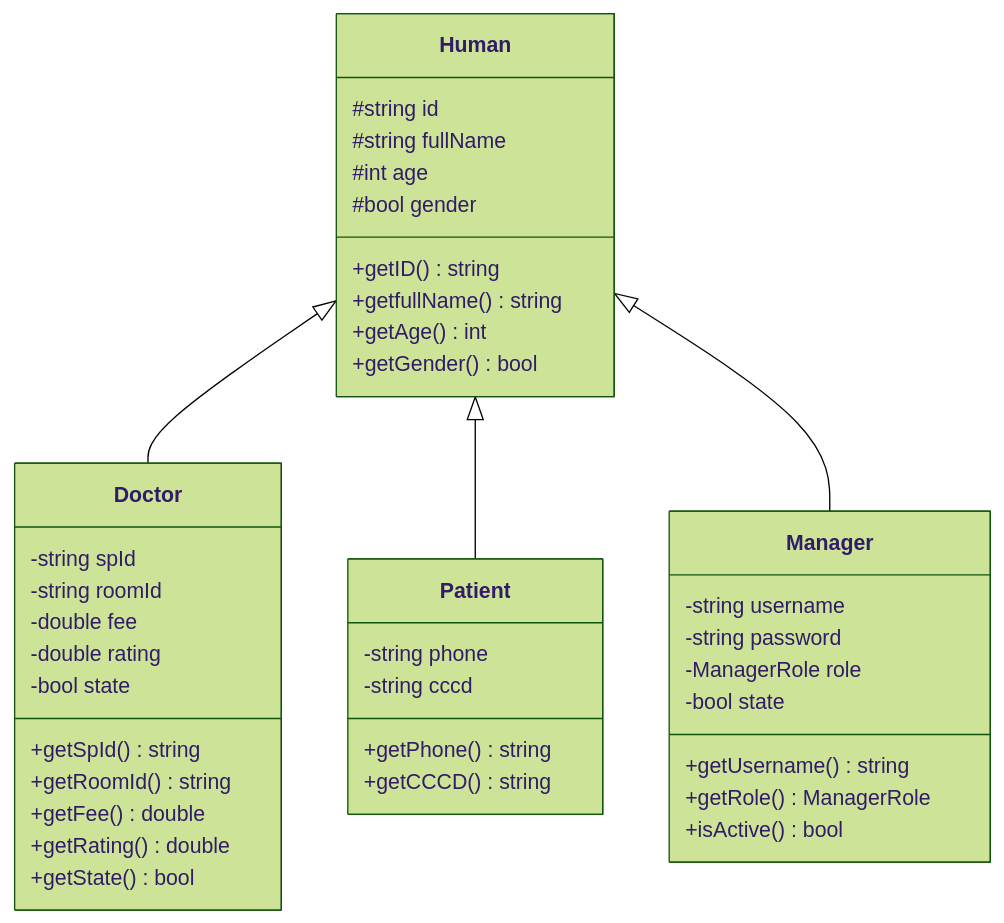
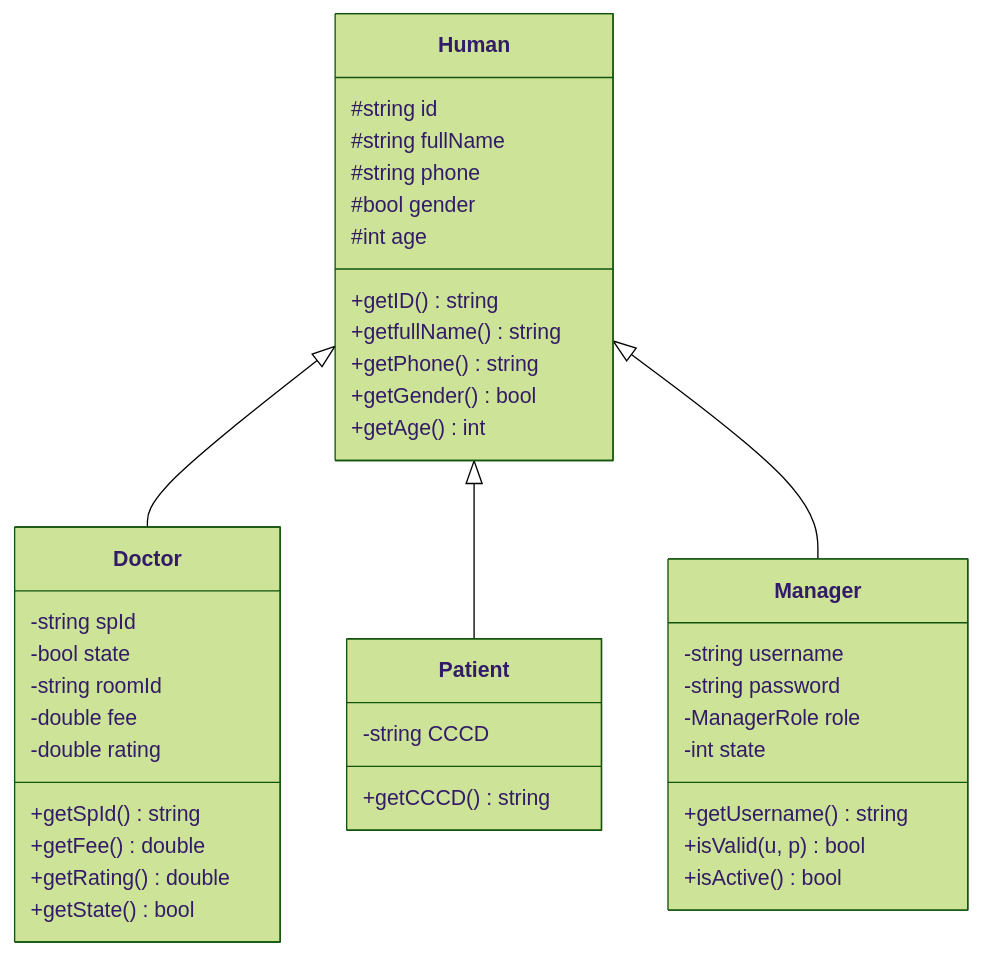
One commit to LeHuuHoang-26/PBL_2 changed the third of 3 diagrams in Algorithms.md. Above: the diagram before and after it, drawn with Mermaid (forest theme). The commit also changed other lines of this file and 27 other files, not shown here.

````diff
--- a/Algorithms.md
+++ b/Algorithms.md
@@ -369,47 +453,42 @@
 ```mermaid
 classDiagram
     class Human {
         #string id
         #string fullName
+        #string phone
+        #bool gender
         #int age
-        #bool gender
         +getID() string
         +getfullName() string
+        +getPhone() string
+        +getGender() bool
         +getAge() int
-        +getGender() bool
     }
-
     class Doctor {
         -string spId
+        -bool state
         -string roomId
         -double fee
         -double rating
-        -bool state
         +getSpId() string
-        +getRoomId() string
         +getFee() double
         +getRating() double
         +getState() bool
     }
-
     class Patient {
-        -string phone
-        -string cccd
-        +getPhone() string
+        -string CCCD
         +getCCCD() string
     }
-
     class Manager {
         -string username
         -string password
         -ManagerRole role
-        -bool state
+        -int state
         +getUsername() string
-        +getRole() ManagerRole
+        +isValid(u, p) bool
         +isActive() bool
     }
-
     Human <|-- Doctor
     Human <|-- Patient
     Human <|-- Manager
 ```
````
